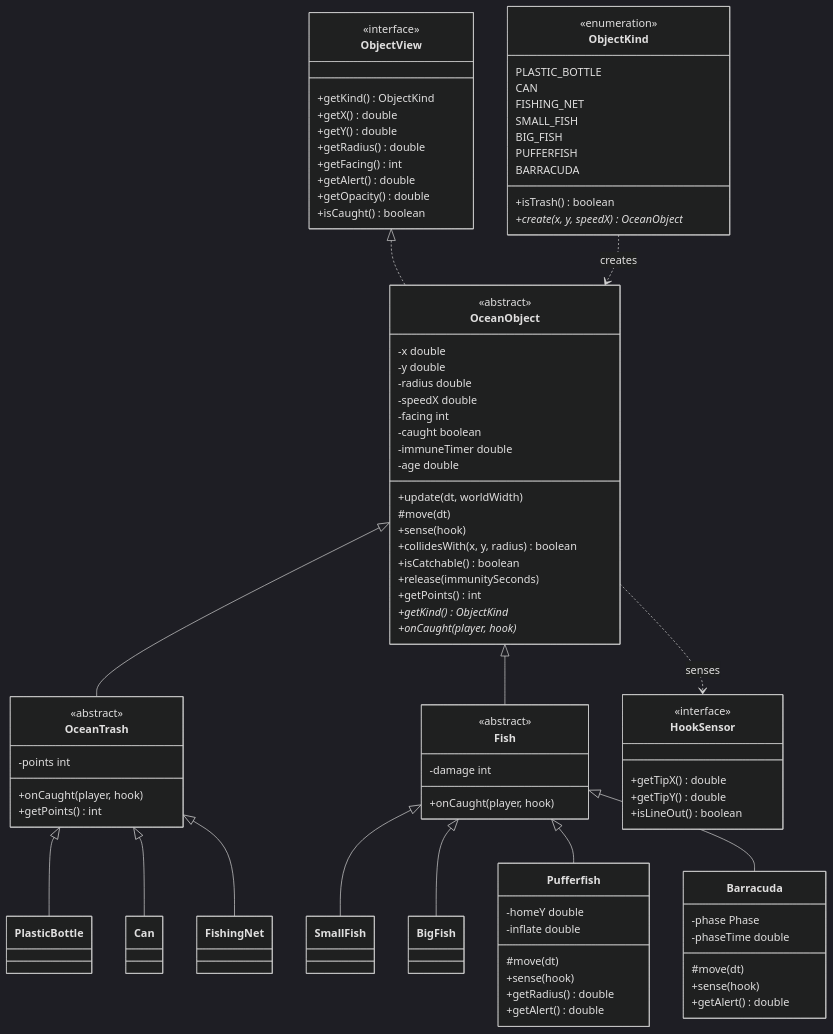
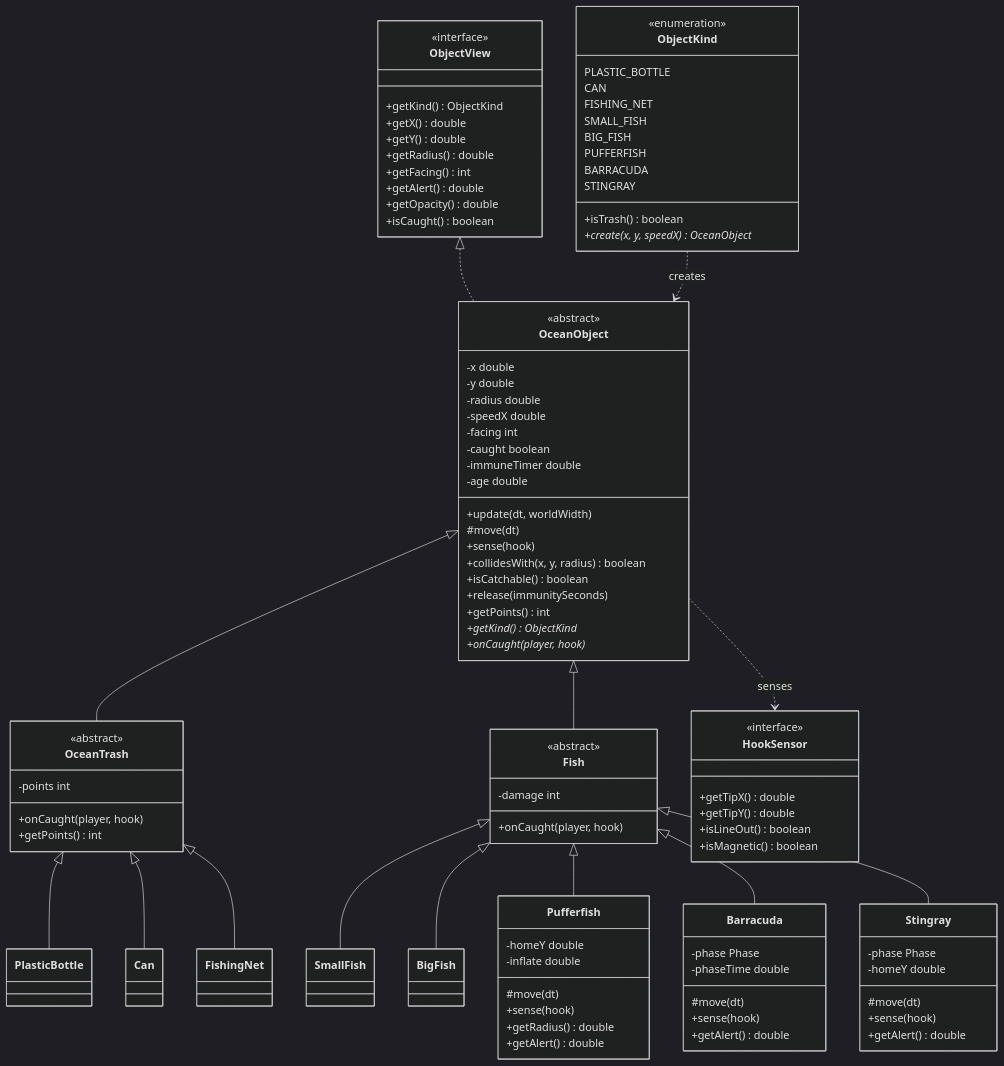
One commit to NJJAV33/Fish2trash changed the first of 7 diagrams in docs/class-diagram.md. Above: the diagram before and after it, drawn with Mermaid (dark theme). The commit also changed other lines of this file and 68 other files, not shown here.

````diff
--- a/docs/class-diagram.md
+++ b/docs/class-diagram.md
@@ -100,6 +100,14 @@
         +getAlert() double
     }
 
+    class Stingray {
+        -phase Phase
+        -homeY double
+        #move(dt)
+        +sense(hook)
+        +getAlert() double
+    }
+
     class ObjectKind {
         <<enumeration>>
         PLASTIC_BOTTLE
@@ -109,6 +117,7 @@
         BIG_FISH
         PUFFERFISH
         BARRACUDA
+        STINGRAY
         +isTrash() boolean
         +create(x, y, speedX)* OceanObject
     }
@@ -118,6 +127,7 @@
         +getTipX() double
         +getTipY() double
         +isLineOut() boolean
+        +isMagnetic() boolean
     }
 
     ObjectView <|.. OceanObject
@@ -130,6 +140,7 @@
     Fish <|-- BigFish
     Fish <|-- Pufferfish
     Fish <|-- Barracuda
+    Fish <|-- Stingray
     ObjectKind ..> OceanObject : creates
     OceanObject ..> HookSensor : senses
 ```
````
